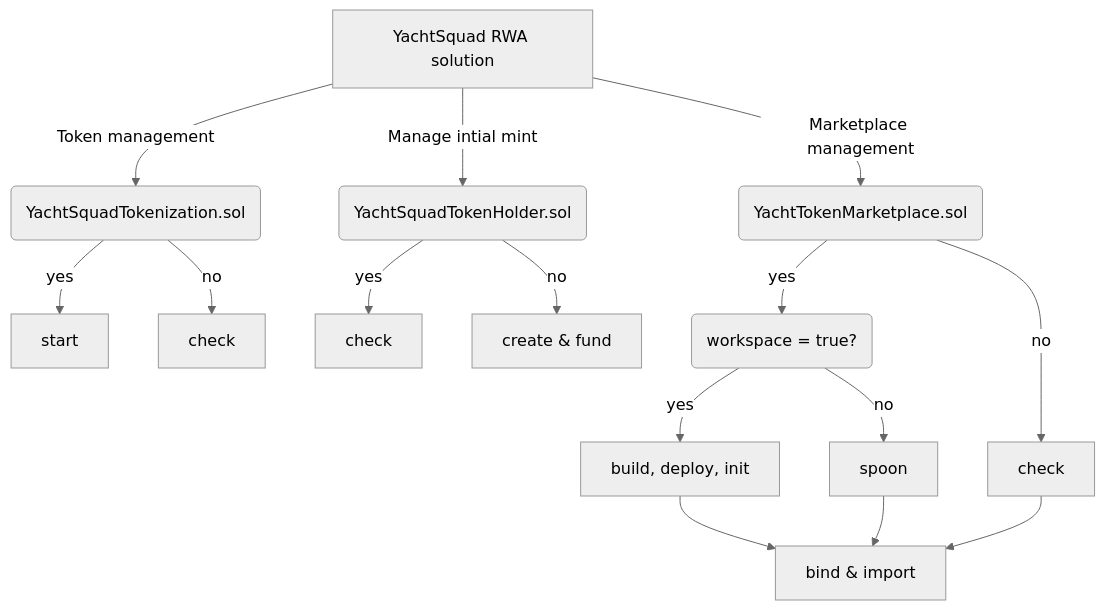
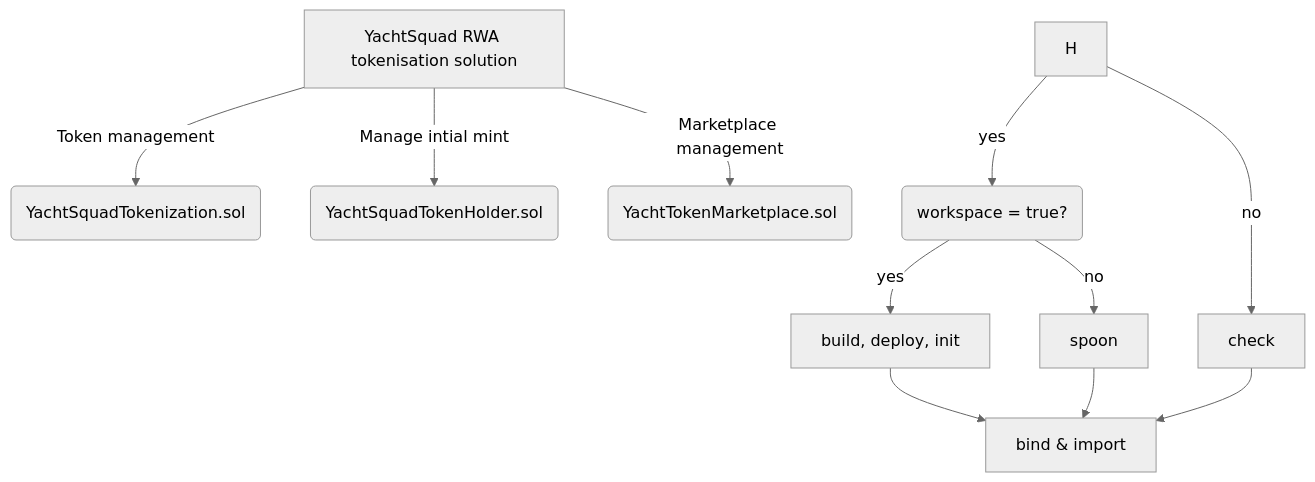
One commit to Cerlo/Yacht-Squad-Solidity changed the diagram in backend/contracts/README.md. Above: the diagram before and after it, drawn with Mermaid (neutral theme).

Commit message:
🎨docs: update backend/contracts/README.md

````diff
--- a/backend/contracts/README.md
+++ b/backend/contracts/README.md
@@ -116,17 +116,13 @@
 ```mermaid
    flowchart TD
-     A[YachtSquad RWA solution] -->|Token management| B(YachtSquadTokenization.sol)
-     B -->|yes| C[start]
-     B -->|no| D[check]
-     A -->|Manage intial mint| E(YachtSquadTokenHolder.sol)
-     E -->|yes| F[check]
-     E -->|no| G[create & fund]
-     A -->|Marketplace management| H(YachtTokenMarketplace.sol)
+     A[YachtSquad RWA tokenisation solution] -->|Token management| B(YachtSquadTokenization.sol)
+     A -->|Manage intial mint| C(YachtSquadTokenHolder.sol)
+     A -->|Marketplace management| D(YachtTokenMarketplace.sol)
      H -->|yes| I(workspace = true?)
      I -->|yes| J[build, deploy, init]
      I -->|no| K[spoon]
      H -->|no| L[check]
      J --> M[bind & import]
      K --> M
      L --> M
    ```
````
